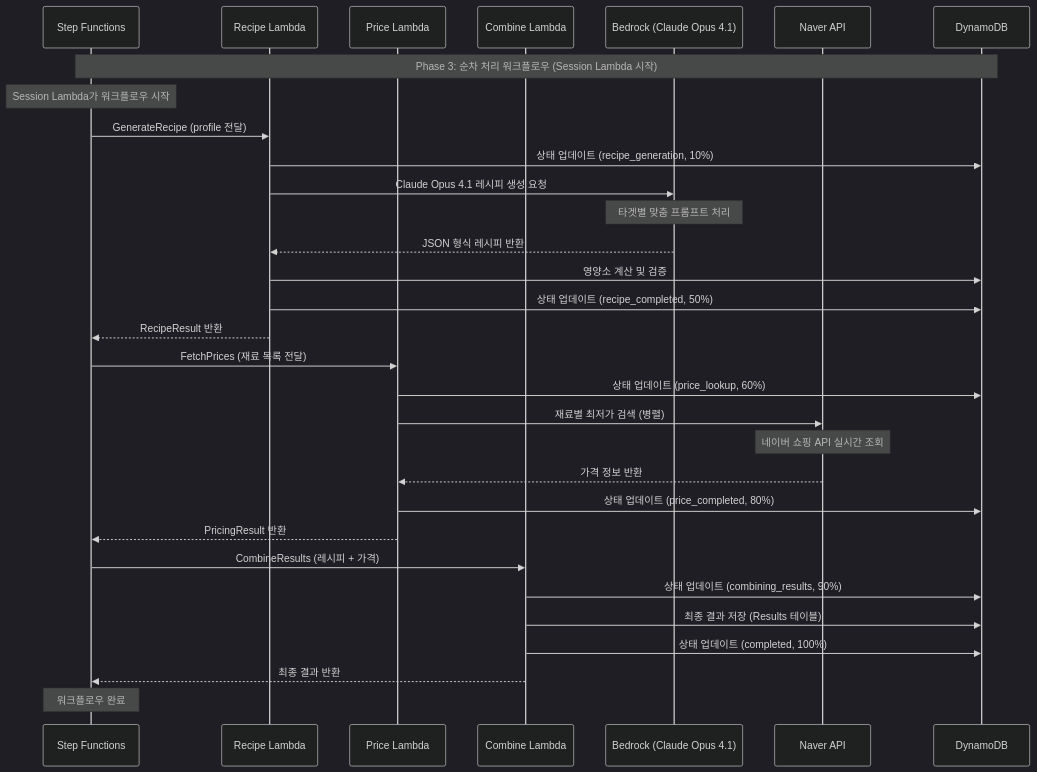
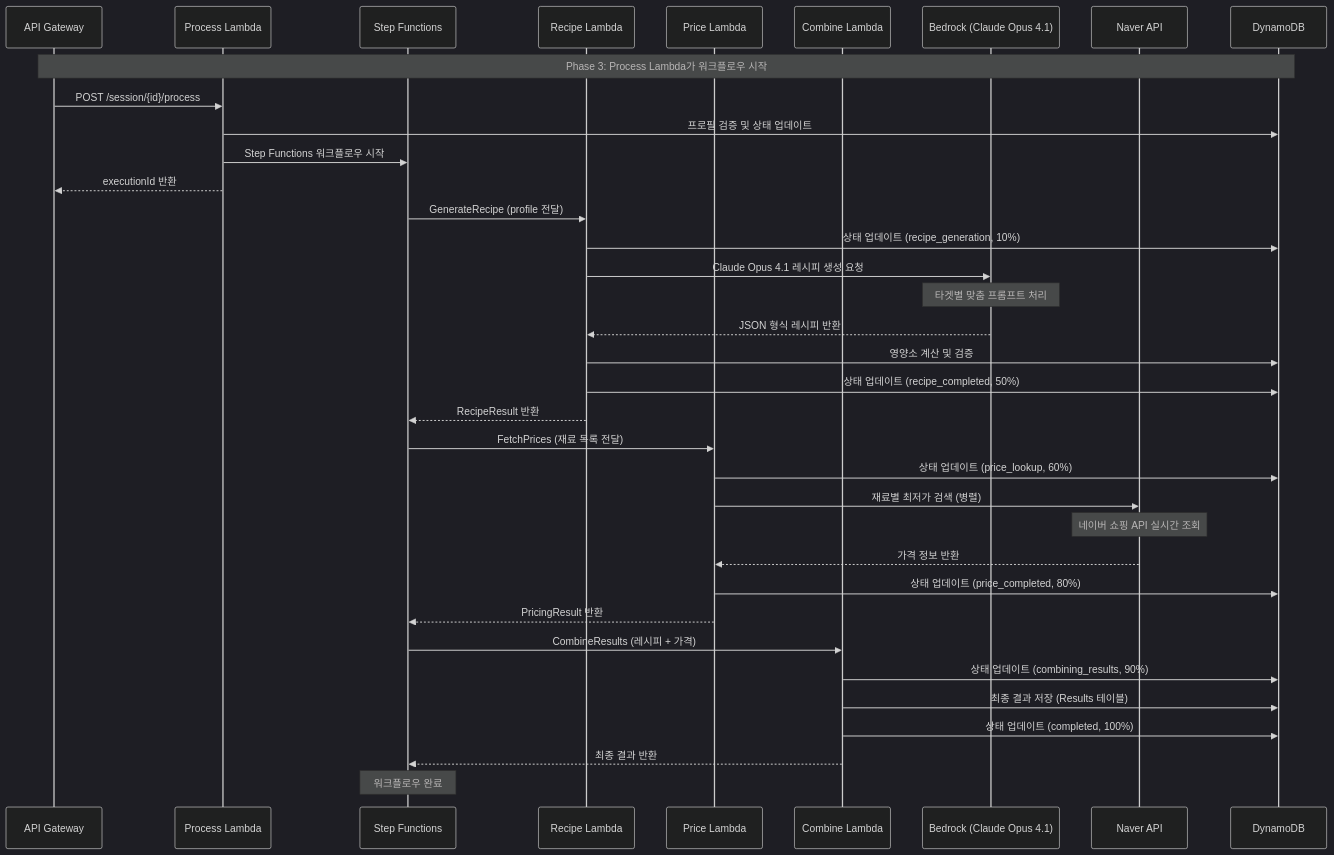
One commit to awsqhackathonXddeokssang/team21-aws-hackathon changed the diagram in docs/integration/sequences/PHASE3_PROCESSING.md. Above: the diagram before and after it, drawn with Mermaid (dark theme). The commit also changed other lines of this file and 4 other files, not shown here.

Commit message:
Rename session to process Lambda and update PHASE3_PROCESSING.md documentation

````diff
--- a/docs/integration/sequences/PHASE3_PROCESSING.md
+++ b/docs/integration/sequences/PHASE3_PROCESSING.md
@@ -9,43 +9,48 @@
 ```mermaid
 sequenceDiagram
+    participant API as API Gateway
+    participant PL as Process Lambda
     participant SF as Step Functions
     participant RL as Recipe Lambda
-    participant PL as Price Lambda
+    participant PrL as Price Lambda
     participant CL as Combine Lambda
     participant BR as Bedrock (Claude Opus 4.1)
     participant NA as Naver API
     participant DB as DynamoDB
 
-    Note over SF, DB: Phase 3: 순차 처리 워크플로우 (Session Lambda 시작)
+    Note over API, DB: Phase 3: Process Lambda가 워크플로우 시작
     
-    %% Session Lambda가 Step Functions 시작 (API Gateway에서)
-    Note over SF: Session Lambda가 워크플로우 시작
+    %% Process Lambda가 Step Functions 시작
+    API->>PL: POST /session/{id}/process
+    PL->>DB: 프로필 검증 및 상태 업데이트
+    PL->>SF: Step Functions 워크플로우 시작
+    PL-->>API: executionId 반환
     
     %% 1. 레시피 생성 (10% → 50%)
     SF->>RL: GenerateRecipe (profile 전달)
     RL->>DB: 상태 업데이트 (recipe_generation, 10%)
     RL->>BR: Claude Opus 4.1 레시피 생성 요청
     Note over BR: 타겟별 맞춤 프롬프트 처리
     BR-->>RL: JSON 형식 레시피 반환
     RL->>DB: 영양소 계산 및 검증
     RL->>DB: 상태 업데이트 (recipe_completed, 50%)
     RL-->>SF: RecipeResult 반환
     
     %% 2. 가격 조회 (50% → 80%)
-    SF->>PL: FetchPrices (재료 목록 전달)
-    PL->>DB: 상태 업데이트 (price_lookup, 60%)
-    PL->>NA: 재료별 최저가 검색 (병렬)
+    SF->>PrL: FetchPrices (재료 목록 전달)
+    PrL->>DB: 상태 업데이트 (price_lookup, 60%)
+    PrL->>NA: 재료별 최저가 검색 (병렬)
     Note over NA: 네이버 쇼핑 API 실시간 조회
-    NA-->>PL: 가격 정보 반환
-    PL->>DB: 상태 업데이트 (price_completed, 80%)
-    PL-->>SF: PricingResult 반환
+    NA-->>PrL: 가격 정보 반환
+    PrL->>DB: 상태 업데이트 (price_completed, 80%)
+    PrL-->>SF: PricingResult 반환
     
     %% 3. 결과 합성 (80% → 100%)
     SF->>CL: CombineResults (레시피 + 가격)
     CL->>DB: 상태 업데이트 (combining_results, 90%)
     CL->>DB: 최종 결과 저장 (Results 테이블)
     CL->>DB: 상태 업데이트 (completed, 100%)
     CL-->>SF: 최종 결과 반환
     
     Note over SF: 워크플로우 완료
 ```
````
